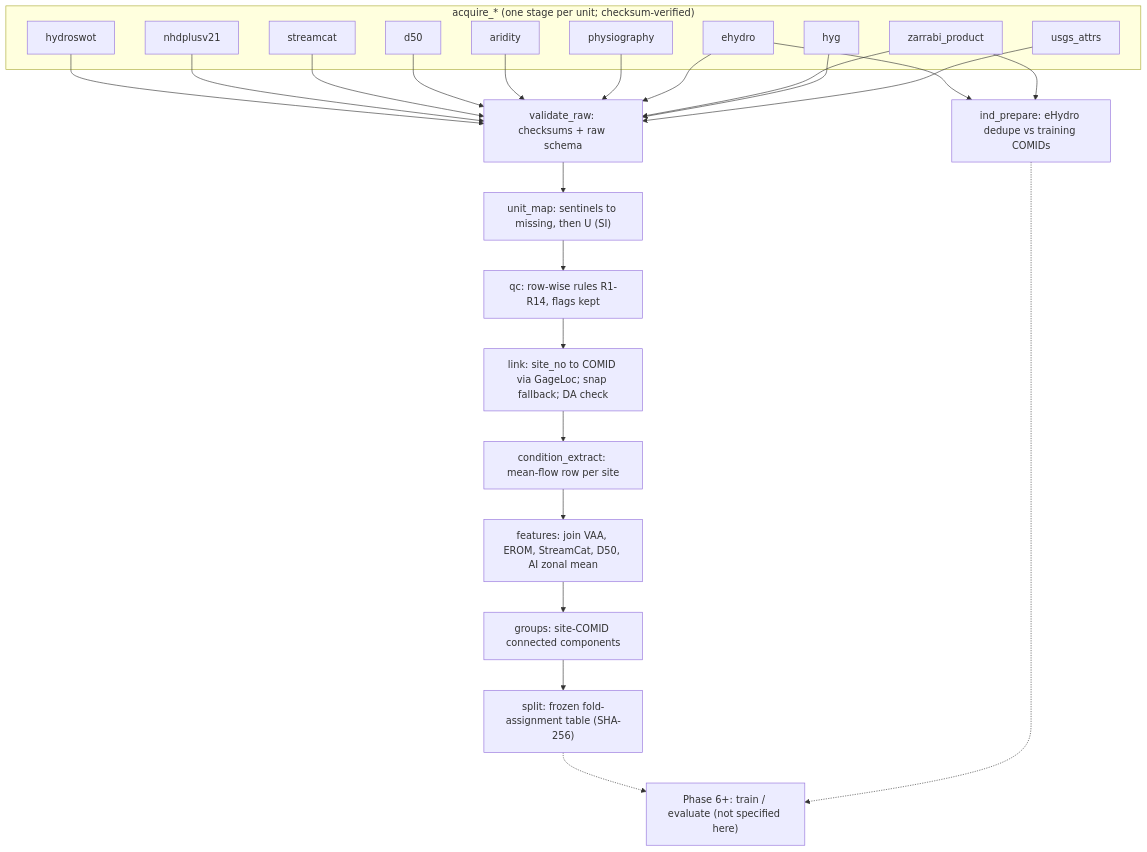
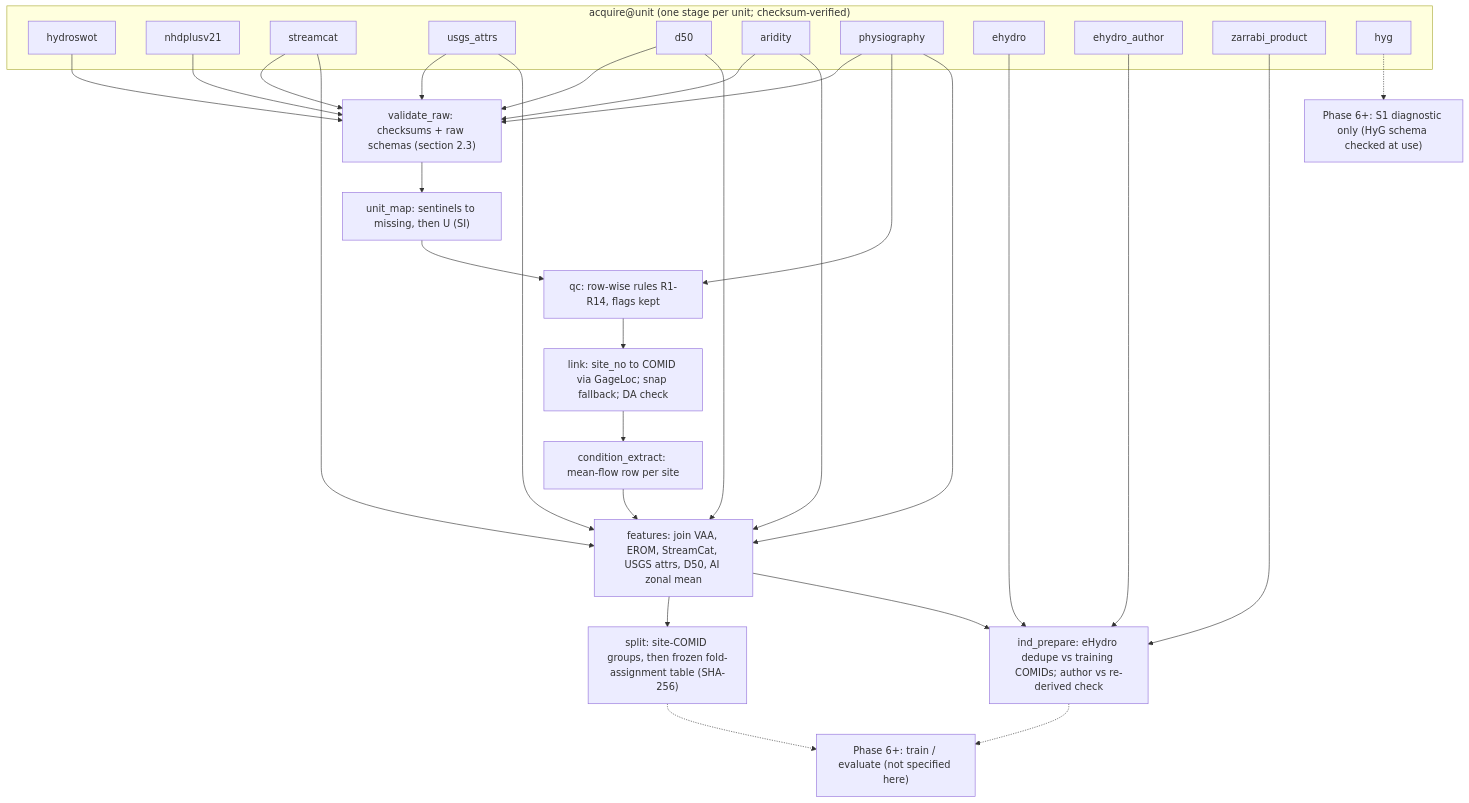
Before and after one commit to ahmetnazim/ann-xs-estimation: the diagram in docs/3_experimental_protocol.md, drawn with Mermaid. The commit also changed other lines of this file, not shown here.

First line of the commit message:
docs(ssdlc): Phase 3 gate - raw-unit schemas, DAG alignment and final ADL mapping

````diff
--- a/docs/3_experimental_protocol.md
+++ b/docs/3_experimental_protocol.md
@@ -221,36 +221,42 @@
 ```mermaid
 flowchart TD
-  subgraph acquire["acquire_* (one stage per unit; checksum-verified)"]
+  subgraph acquire["acquire@unit (one stage per unit; checksum-verified)"]
     A1["hydroswot"]
     A2["nhdplusv21"]
     A3["streamcat"]
+    A10["usgs_attrs"]
     A4["d50"]
     A5["aridity"]
     A6["physiography"]
     A7["ehydro"]
+    A11["ehydro_author"]
     A8["zarrabi_product"]
     A9["hyg"]
-    A10["usgs_attrs"]
   end
-  A1 --> V["validate_raw: checksums + raw schema"]
+  A1 --> V["validate_raw: checksums + raw schemas (section 2.3)"]
   A2 --> V
   A3 --> V
+  A10 --> V
   A4 --> V
   A5 --> V
   A6 --> V
-  A7 --> V
-  A8 --> V
-  A9 --> V
-  A10 --> V
   V --> U["unit_map: sentinels to missing, then U (SI)"]
   U --> Q["qc: row-wise rules R1-R14, flags kept"]
+  A6 --> Q
   Q --> L["link: site_no to COMID via GageLoc; snap fallback; DA check"]
   L --> C["condition_extract: mean-flow row per site"]
-  C --> F["features: join VAA, EROM, StreamCat, D50, AI zonal mean"]
-  F --> G["groups: site-COMID connected components"]
-  G --> S["split: frozen fold-assignment table (SHA-256)"]
+  C --> F["features: join VAA, EROM, StreamCat, USGS attrs, D50, AI zonal mean"]
+  A3 --> F
+  A10 --> F
+  A4 --> F
+  A5 --> F
+  A6 --> F
+  F --> S["split: site-COMID groups, then frozen fold-assignment table (SHA-256)"]
+  F --> I["ind_prepare: eHydro dedupe vs training COMIDs; author vs re-derived check"]
+  A7 --> I
+  A11 --> I
+  A8 --> I
   S -.-> T["Phase 6+: train / evaluate (not specified here)"]
-  A7 --> I["ind_prepare: eHydro dedupe vs training COMIDs"]
-  A8 --> I
   I -.-> T
+  A9 -.-> D["Phase 6+: S1 diagnostic only (HyG schema checked at use)"]
 ```
````
